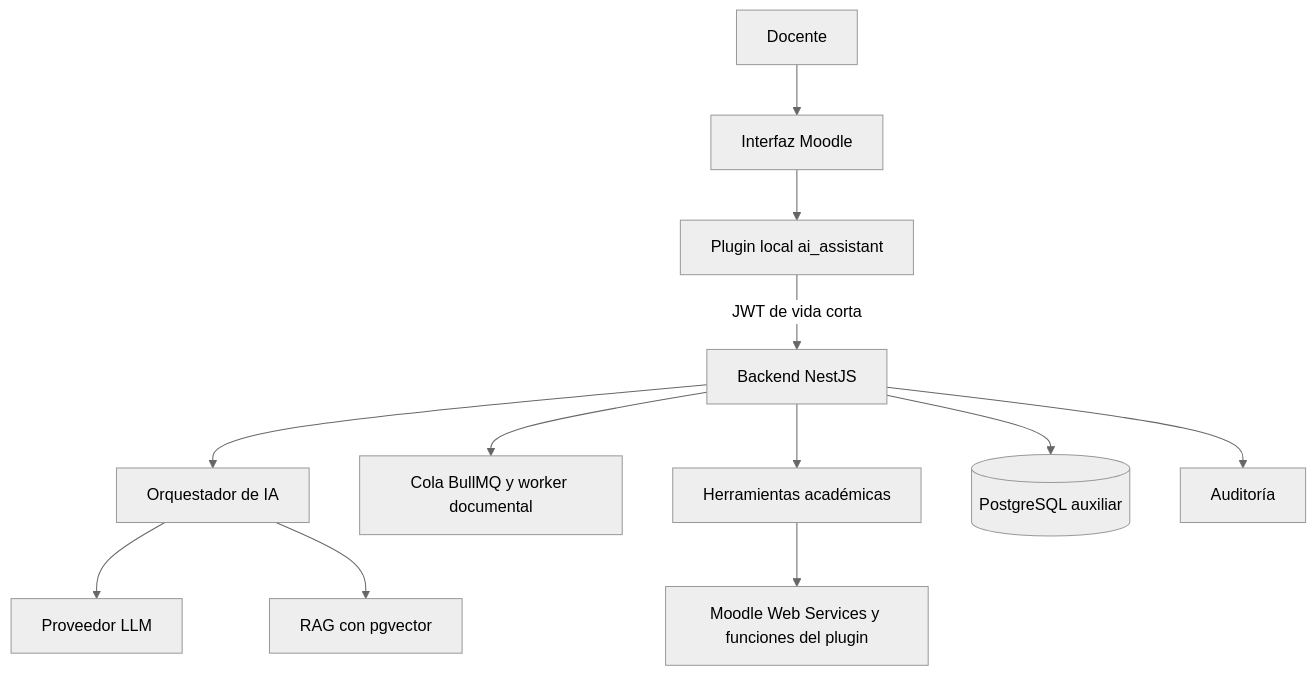
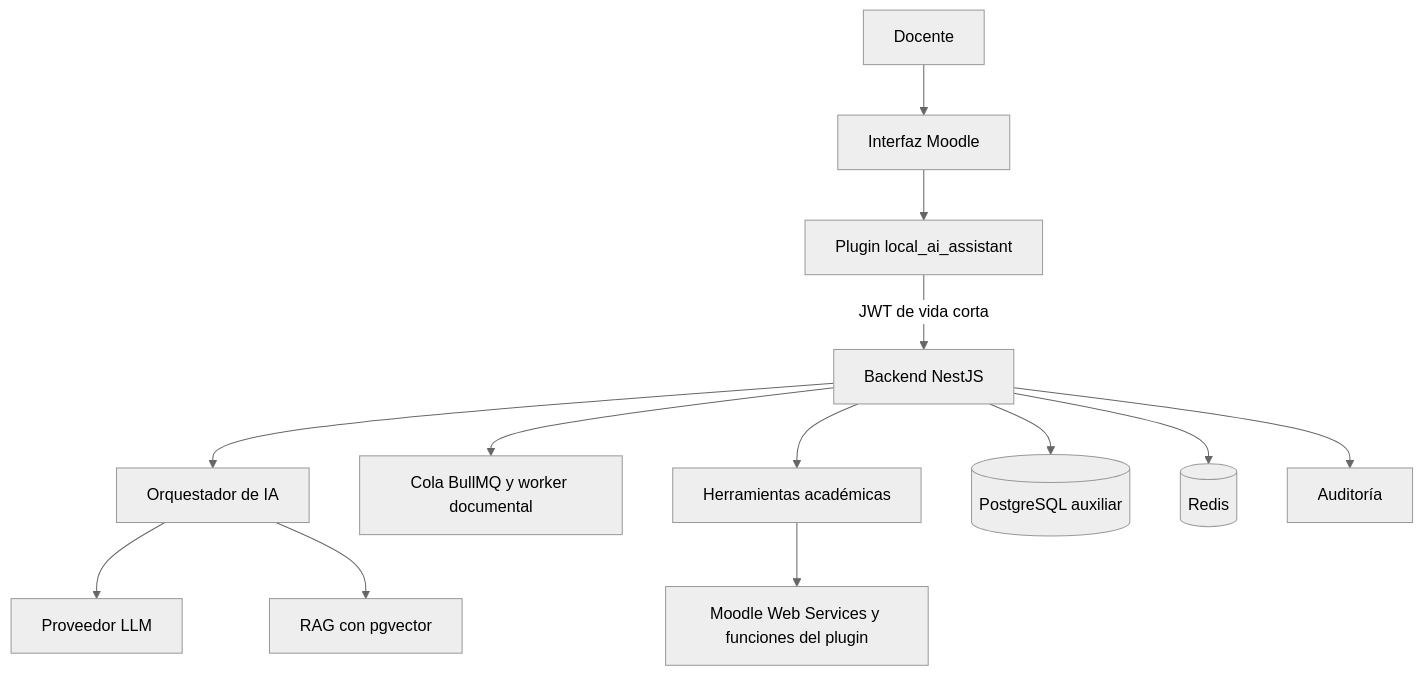
One commit to kiramman-mp3/sistema-gestion-aprendizaje-IA changed the diagram in README.md. Above: the diagram before and after it, drawn with Mermaid (neutral theme). The commit also changed other lines of this file, not shown here.

````diff
--- a/README.md
+++ b/README.md
@@ -93,14 +100,15 @@
 ```mermaid
 graph TD
     D[Docente] --> M[Interfaz Moodle]
-    M --> P[Plugin local ai_assistant]
+    M --> P[Plugin local_ai_assistant]
     P -->|JWT de vida corta| B[Backend NestJS]
     B --> A[Orquestador de IA]
     A --> L[Proveedor LLM]
     A --> R[RAG con pgvector]
     B --> Q[Cola BullMQ y worker documental]
     B --> T[Herramientas académicas]
     T --> W[Moodle Web Services y funciones del plugin]
     B --> AUX[(PostgreSQL auxiliar)]
+    B --> RD[(Redis)]
     B --> AUD[Auditoría]
 ```
````
